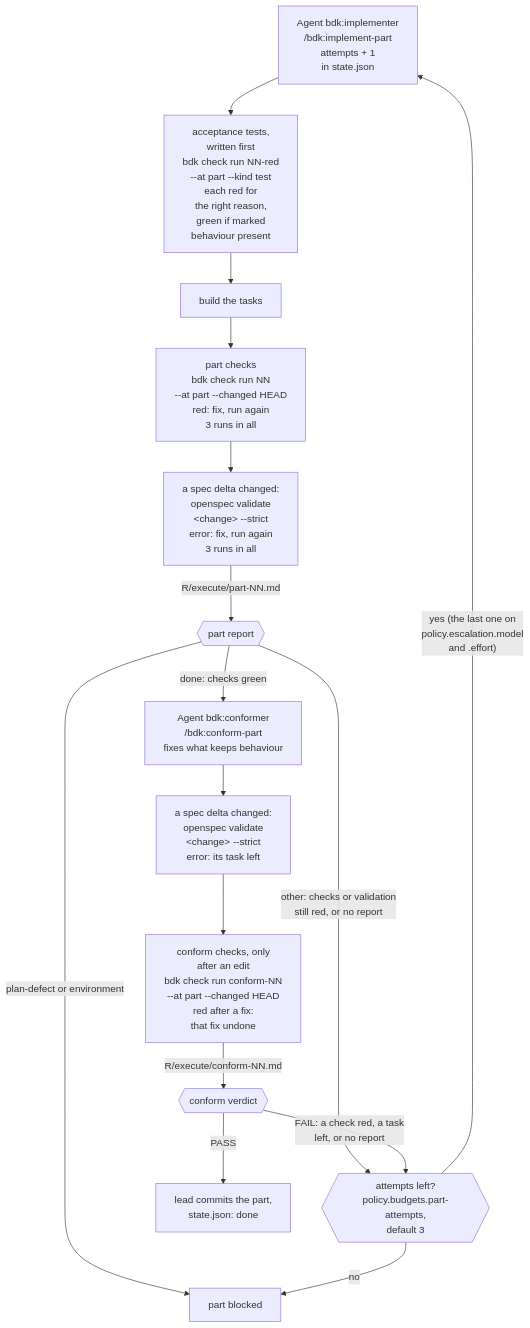
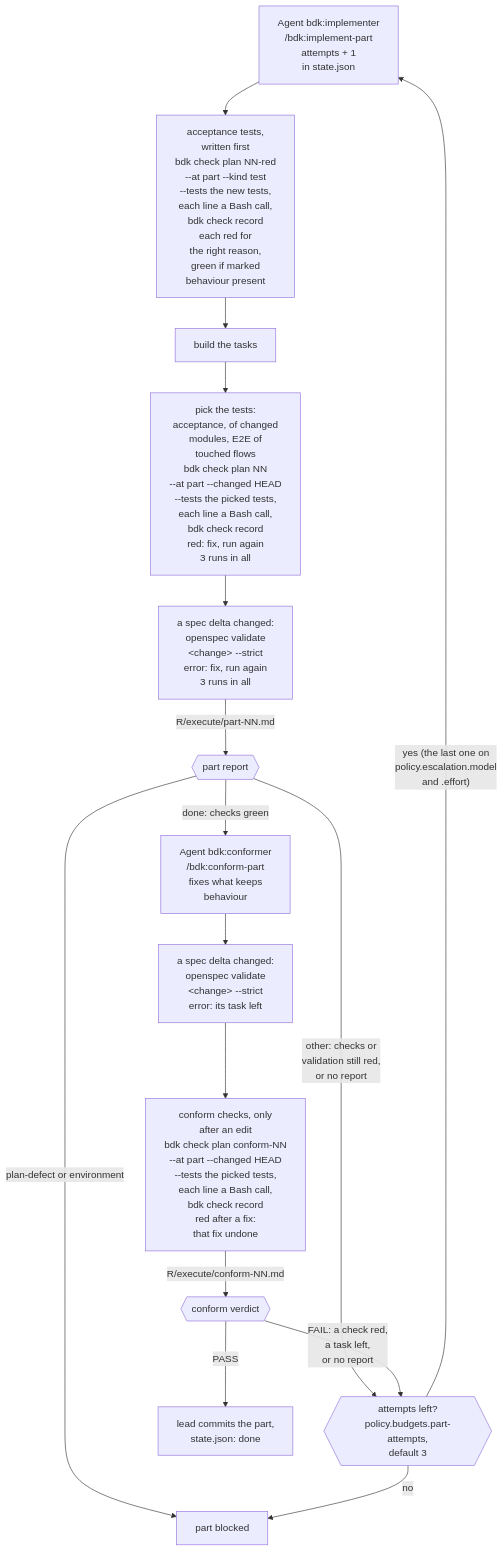
The seventh of 15 diagrams in docs/concepts/orchestrators.md (broneq/bdk), drawn with Mermaid before and after one commit. The commit also changed other lines of this file and 67 other files, not shown here.

First line of the commit message:
feat(check)!: plan the checks and let the agent run the real command

````diff
--- a/docs/concepts/orchestrators.md
+++ b/docs/concepts/orchestrators.md
@@ -150,19 +150,19 @@
 ```mermaid
 flowchart TB
   IMP["Agent bdk:implementer<br/>/bdk:implement-part<br/>attempts + 1<br/>in state.json"]
-  IMP --> RED["acceptance tests,<br/>written first<br/>bdk check run NN-red<br/>--at part --kind test<br/>each red for<br/>the right reason,<br/>green if marked<br/>behaviour present"]
+  IMP --> RED["acceptance tests,<br/>written first<br/>bdk check plan NN-red<br/>--at part --kind test<br/>--tests the new tests,<br/>each line a Bash call,<br/>bdk check record<br/>each red for<br/>the right reason,<br/>green if marked<br/>behaviour present"]
   RED --> BUILD["build the tasks"]
-  BUILD --> PC["part checks<br/>bdk check run NN<br/>--at part --changed HEAD<br/>red: fix, run again<br/>3 runs in all"]
+  BUILD --> PC["pick the tests:<br/>acceptance, of changed<br/>modules, E2E of<br/>touched flows<br/>bdk check plan NN<br/>--at part --changed HEAD<br/>--tests the picked tests,<br/>each line a Bash call,<br/>bdk check record<br/>red: fix, run again<br/>3 runs in all"]
   PC --> OV["a spec delta changed:<br/>openspec validate<br/>&lt;change&gt; --strict<br/>error: fix, run again<br/>3 runs in all"]
   OV -->|"R/execute/part-NN.md"| RI{{"part report"}}
   RI -->|"plan-defect or environment"| PB["part blocked"]
-  RI -->|"other: checks or validation<br/>still red, or no report"| RETRY
-  RI -->|"done: checks green"| CONF["Agent bdk:conformer<br/>/bdk:conform-part<br/>fixes what keeps behaviour"]
+  RI -->|"other: checks or<br/>validation still red,<br/>or no report"| RETRY
+  RI -->|"done: checks green"| CONF["Agent bdk:conformer<br/>/bdk:conform-part<br/>fixes what keeps<br/>behaviour"]
   CONF --> CV["a spec delta changed:<br/>openspec validate<br/>&lt;change&gt; --strict<br/>error: its task left"]
-  CV --> CC["conform checks, only<br/>after an edit<br/>bdk check run conform-NN<br/>--at part --changed HEAD<br/>red after a fix:<br/>that fix undone"]
+  CV --> CC["conform checks, only<br/>after an edit<br/>bdk check plan conform-NN<br/>--at part --changed HEAD<br/>--tests the picked tests,<br/>each line a Bash call,<br/>bdk check record<br/>red after a fix:<br/>that fix undone"]
   CC -->|"R/execute/conform-NN.md"| RC{{"conform verdict"}}
-  RC -->|"FAIL: a check red, a task<br/>left, or no report"| RETRY{{"attempts left?<br/>policy.budgets.part-attempts,<br/>default 3"}}
+  RC -->|"FAIL: a check red,<br/>a task left,<br/>or no report"| RETRY{{"attempts left?<br/>policy.budgets.part-attempts,<br/>default 3"}}
   RETRY -->|"yes (the last one on<br/>policy.escalation.model<br/>and .effort)"| IMP
   RETRY -->|"no"| PB
   RC -->|"PASS"| COM["lead commits the part,<br/>state.json: done"]
 ```
````
